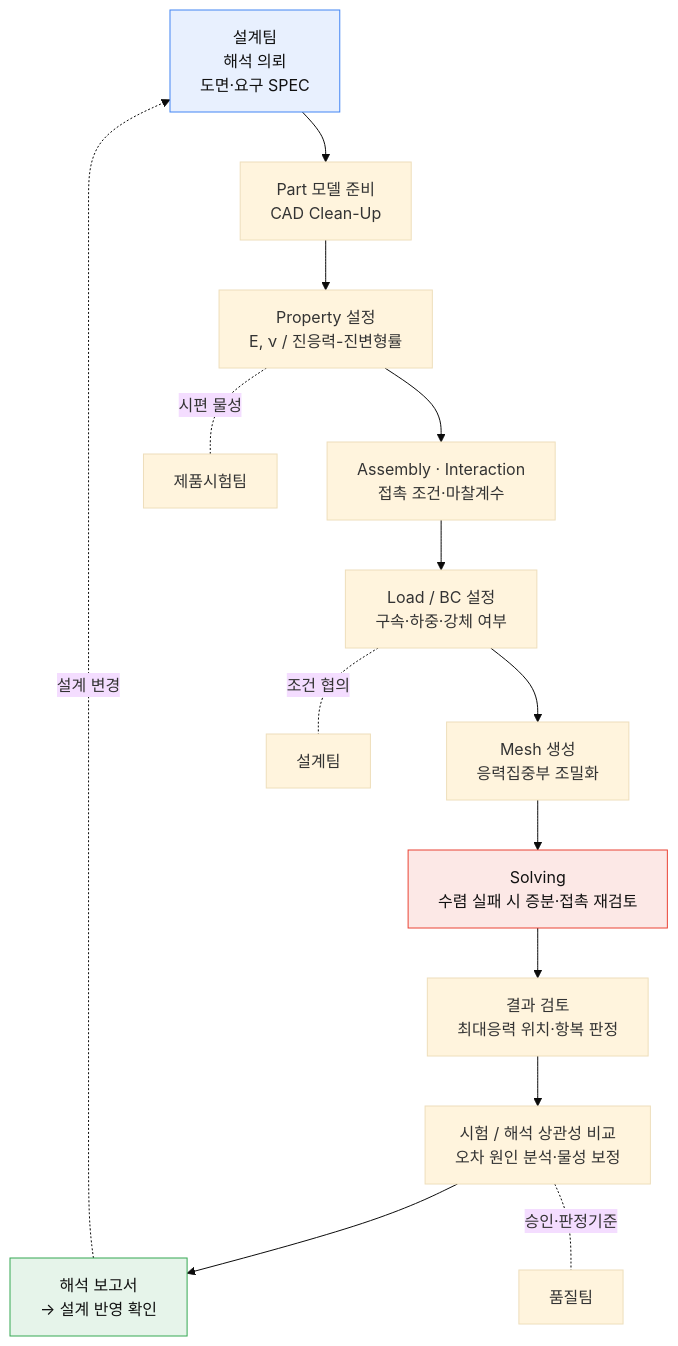
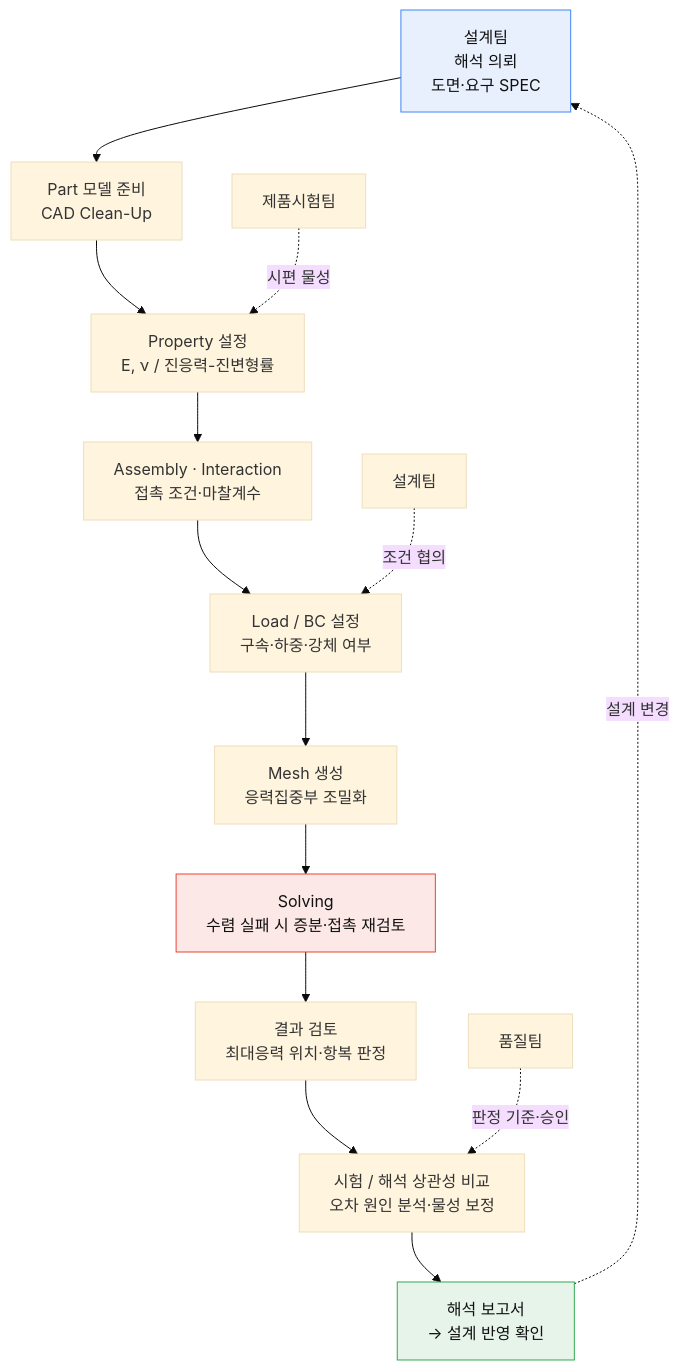
The diagram in README.md (muneunhyeok/cae-structural-analysis-bootcamp), drawn with Mermaid (base theme) before and after one commit. The commit also changed 1 other file, not shown here.

Commit message:
fix: mermaid 다이어그램 링크 라벨 문법 정리

````diff
--- a/README.md
+++ b/README.md
@@ -105,21 +105,21 @@
 ```mermaid
 flowchart TD
     A["설계팀<br/>해석 의뢰<br/>도면·요구 SPEC"] --> B["Part 모델 준비<br/>CAD Clean-Up"]
     B --> C["Property 설정<br/>E, ν / 진응력-진변형률"]
     C --> D["Assembly · Interaction<br/>접촉 조건·마찰계수"]
     D --> E["Load / BC 설정<br/>구속·하중·강체 여부"]
     E --> F["Mesh 생성<br/>응력집중부 조밀화"]
     F --> G["Solving<br/>수렴 실패 시 증분·접촉 재검토"]
     G --> H["결과 검토<br/>최대응력 위치·항복 판정"]
     H --> I["시험 / 해석 상관성 비교<br/>오차 원인 분석·물성 보정"]
     I --> J["해석 보고서<br/>→ 설계 반영 확인"]
-    J -.설계 변경.-> A
+    J -.->|설계 변경| A
 
-    E -.조건 협의.- S["설계팀"]
-    C -.시편 물성.- T["제품시험팀"]
-    I -.승인·판정기준.- Q["품질팀"]
+    S["설계팀"] -.->|조건 협의| E
+    T["제품시험팀"] -.->|시편 물성| C
+    Q["품질팀"] -.->|판정 기준·승인| I
 
     style A fill:#e8f0fe,stroke:#4285f4,color:#111
     style G fill:#fce8e6,stroke:#ea4335,color:#111
     style J fill:#e6f4ea,stroke:#34a853,color:#111
 ```
````
